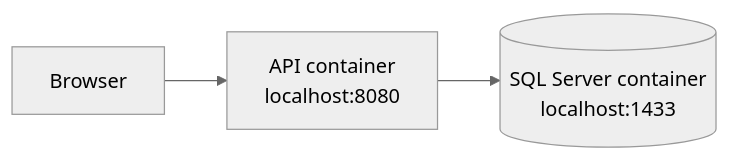
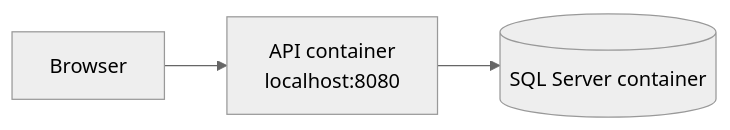
Before and after one commit to rey-obejero/c-sharp-ms-sql-employee-management-system: the diagram in README.md, drawn with Mermaid (neutral theme).

````diff
--- a/README.md
+++ b/README.md
@@ -25,5 +25,5 @@
 ```mermaid
 flowchart LR
     client["Browser"] --> api["API container<br/>localhost:8080"]
-    api --> database[("SQL Server container<br/>localhost:1433")]
+    api --> database[("SQL Server container")]
 ```
````
